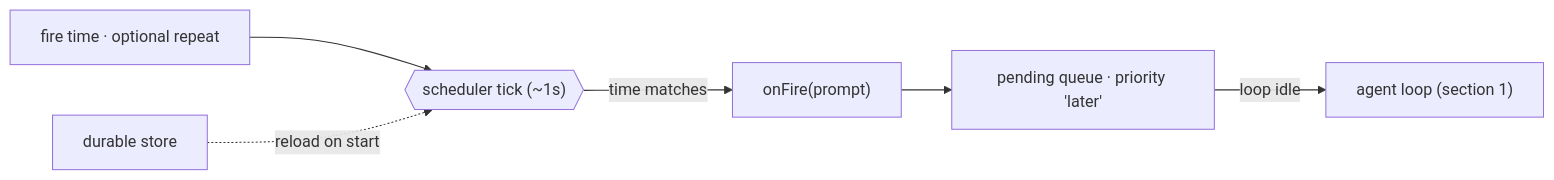
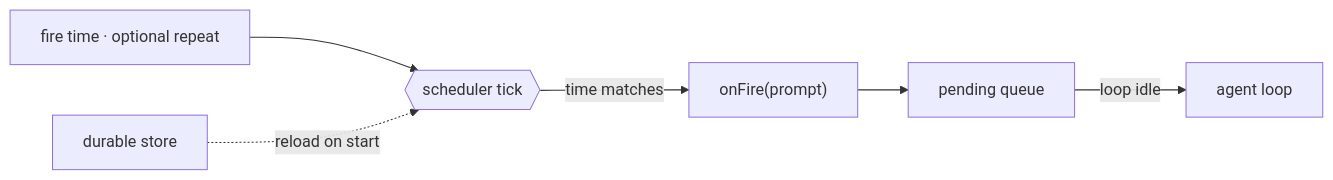
One commit to hardness1020/awesome-agent-architecture changed the diagram in sections/14-scheduling/README.md. Above: the diagram before and after it, drawn with Mermaid. The commit also changed other lines of this file and 16 other files, not shown here.

````diff
--- a/sections/14-scheduling/README.md
+++ b/sections/14-scheduling/README.md
@@ -20,8 +26,8 @@
 ```mermaid
 flowchart LR
-    C["fire time · optional repeat"] --> S{{"scheduler tick (~1s)"}}
+    C["fire time · optional repeat"] --> S{{"scheduler tick"}}
     S -->|"time matches"| F["onFire(prompt)"]
-    F --> Q["pending queue · priority 'later'"]
-    Q -->|"loop idle"| L["agent loop (section 1)"]
+    F --> Q["pending queue"]
+    Q -->|"loop idle"| L["agent loop"]
     D["durable store"] -.->|"reload on start"| S
 ```
````
